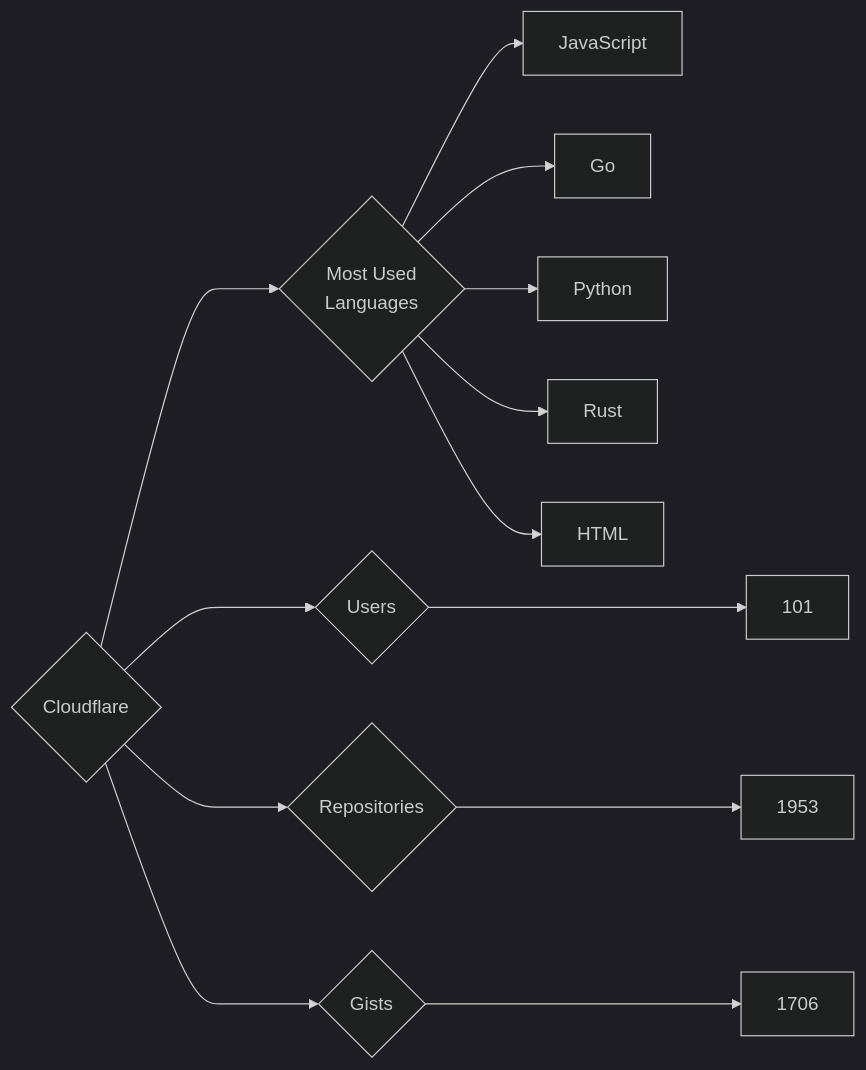
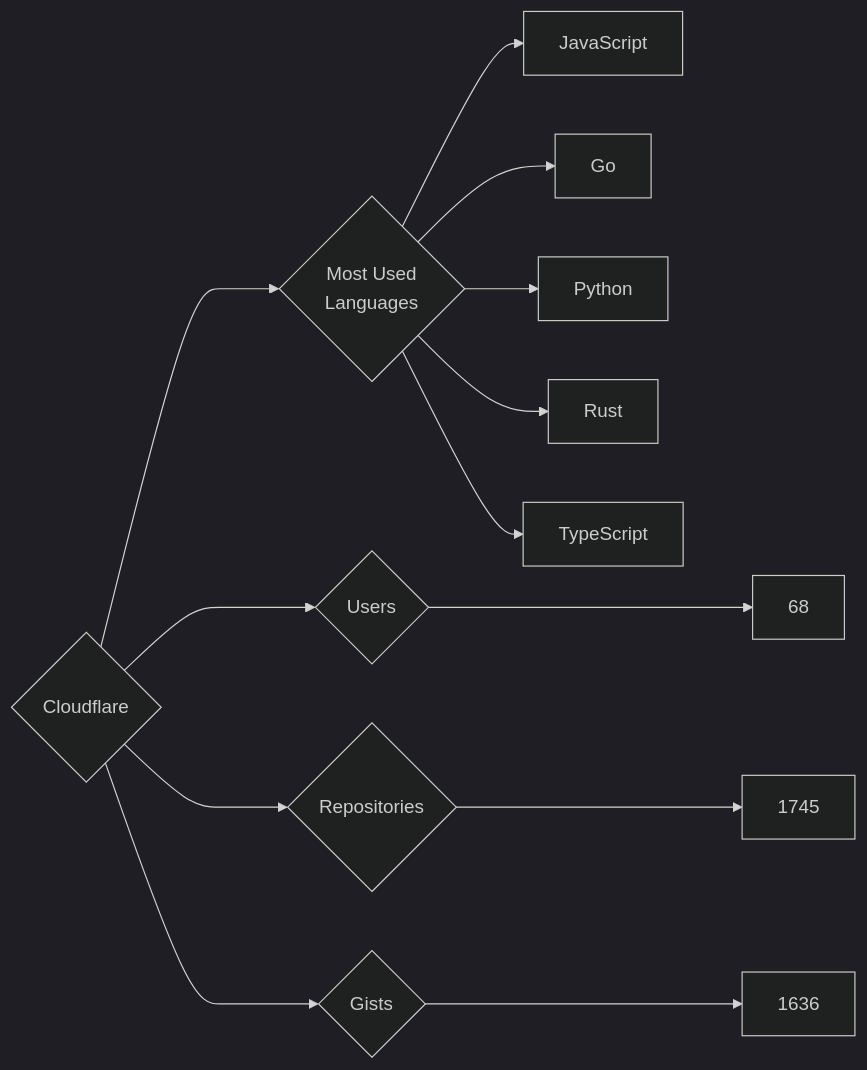
The diagram in targets/Cloudflare/README.md (trickest/insiders), drawn with Mermaid (dark theme) before and after one commit. The commit also changed 782 other files, not shown here.

````diff
--- a/targets/Cloudflare/README.md
+++ b/targets/Cloudflare/README.md
@@ -3,13 +3,13 @@
 ```mermaid
 graph LR
 COMPANY_NAME{Cloudflare}
-COMPANY_NAME ---> U{Users} ---> UN[101]
-COMPANY_NAME ---> R{Repositories} ---> RN[1953]
-COMPANY_NAME ---> G{Gists} ---> GN[1706]
+COMPANY_NAME ---> U{Users} ---> UN[68]
+COMPANY_NAME ---> R{Repositories} ---> RN[1745]
+COMPANY_NAME ---> G{Gists} ---> GN[1636]
 COMPANY_NAME ---> ML{Most Used<br>Languages}
 ML --> JavaScript[JavaScript]
 ML --> Go[Go]
 ML --> Python[Python]
 ML --> Rust[Rust]
-ML --> HTML[HTML]
+ML --> TypeScript[TypeScript]
 ```
````
